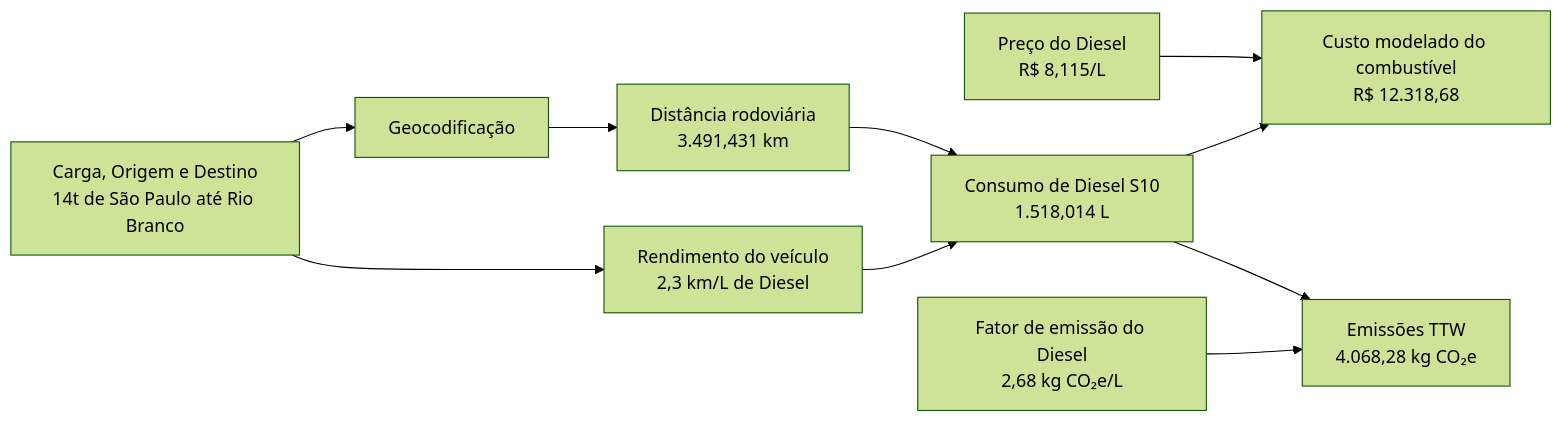
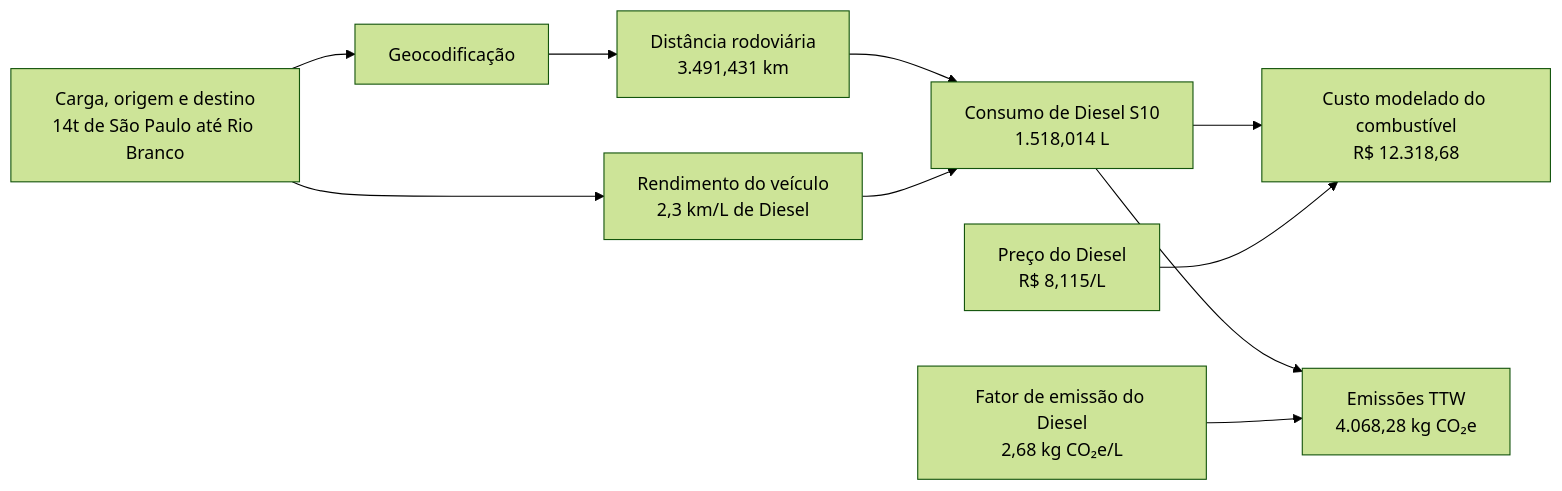
The fourth of 5 diagrams in docs/tf_technical_article_draft.md (pennylanesccp/cabotage-lens), drawn with Mermaid (forest theme) before and after one commit. The commit also changed other lines of this file and 4 other files, not shown here.

````diff
--- a/docs/tf_technical_article_draft.md
+++ b/docs/tf_technical_article_draft.md
@@ -692,10 +705,10 @@
 ```mermaid
 flowchart LR
-    P["Preço do Diesel<br/>R$ 8,115/L"] --> F["Custo modelado do combustível<br/>R$ 12.318,68"]
-    A["Carga, Origem e Destino<br/>14t de São Paulo até Rio Branco"] --> B["Geocodificação"]
+    A["Carga, origem e destino<br/>14t de São Paulo até Rio Branco"] --> B["Geocodificação"]
     A --> D
     B --> C["Distância rodoviária<br/>3.491,431 km"] --> E
     D["Rendimento do veículo<br/>2,3 km/L de Diesel"] --> E["Consumo de Diesel S10<br/>1.518,014 L"] --> F
+    P["Preço do Diesel<br/>R$ 8,115/L"] --> F["Custo modelado do combustível<br/>R$ 12.318,68"]
     E --> G
     M["Fator de emissão do Diesel<br/>2,68 kg CO₂e/L"] --> G["Emissões TTW<br/>4.068,28 kg CO₂e"]
 ```
````
